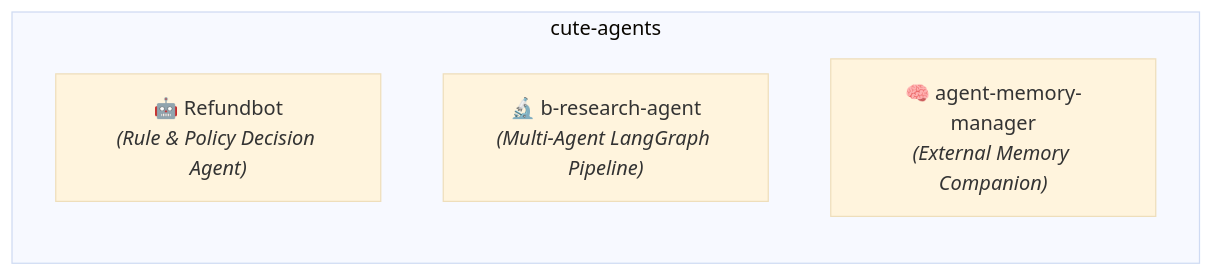
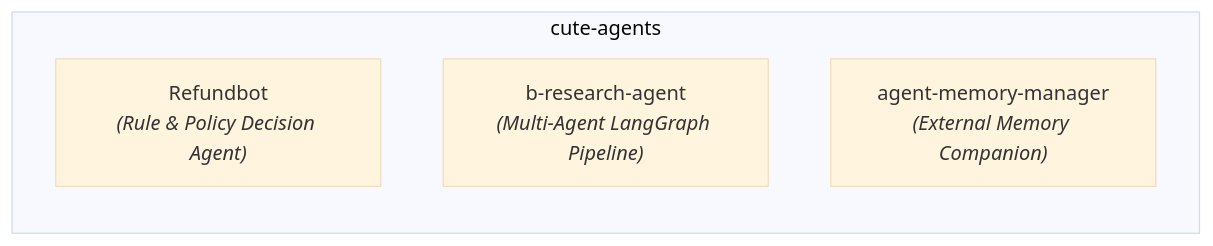
Before and after one commit to 21-aakash/cute-agents: the diagram in AGENTS.md, drawn with Mermaid (base theme). The commit also changed other lines of this file and 16 other files, not shown here.

````diff
--- a/AGENTS.md
+++ b/AGENTS.md
@@ -9,8 +9,8 @@
 ```mermaid
 graph LR
     subgraph Monorepo["cute-agents"]
-        A["🤖 Refundbot<br/><i>(Rule & Policy Decision Agent)</i>"]
-        B["🔬 b-research-agent<br/><i>(Multi-Agent LangGraph Pipeline)</i>"]
-        C["🧠 agent-memory-manager<br/><i>(External Memory Companion)</i>"]
+        A["Refundbot<br/><i>(Rule & Policy Decision Agent)</i>"]
+        B["b-research-agent<br/><i>(Multi-Agent LangGraph Pipeline)</i>"]
+        C["agent-memory-manager<br/><i>(External Memory Companion)</i>"]
     end
 ```
````
